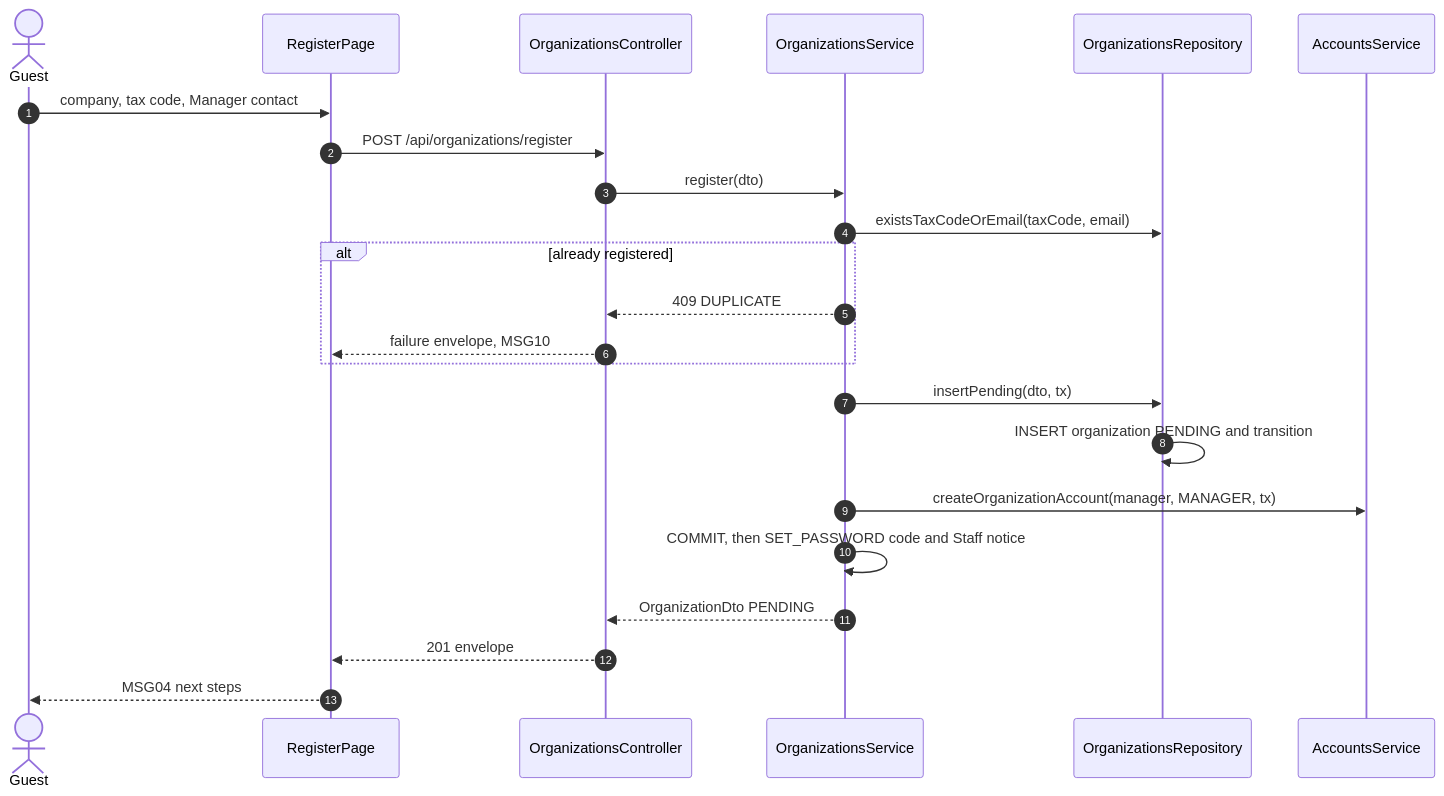
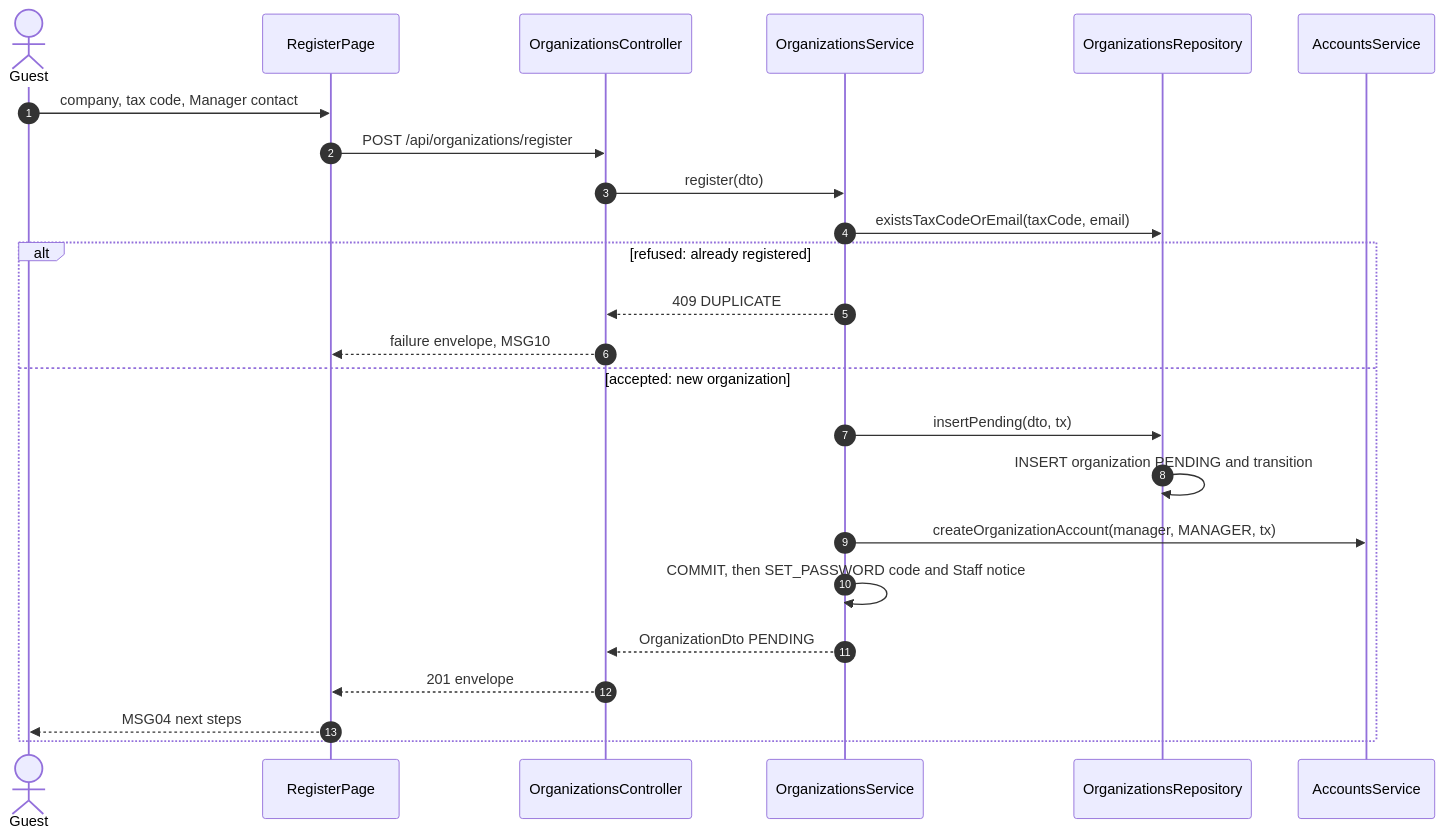
Before and after one commit to TrekLink-Team/treklink-web: the fifth of 11 diagrams in specs/organizations/design.md, drawn with Mermaid. The commit also changed other lines of this file and 39 other files, not shown here.

First line of the commit message:
docs: design periodic maintenance (D-047) and apply the SDD sequence conventions

````diff
--- a/specs/organizations/design.md
+++ b/specs/organizations/design.md
@@ -263,25 +263,26 @@
 ```mermaid
 sequenceDiagram
     autonumber
     actor G as Guest
     participant P as RegisterPage
     participant C as OrganizationsController
     participant S as OrganizationsService
     participant R as OrganizationsRepository
     participant A as AccountsService
     G->>P: company, tax code, Manager contact
     P->>C: POST /api/organizations/register
     C->>S: register(dto)
     S->>R: existsTaxCodeOrEmail(taxCode, email)
-    alt already registered
+    alt refused: already registered
         S-->>C: 409 DUPLICATE
         C-->>P: failure envelope, MSG10
+    else accepted: new organization
+        S->>R: insertPending(dto, tx)
+        R->>R: INSERT organization PENDING and transition
+        S->>A: createOrganizationAccount(manager, MANAGER, tx)
+        S->>S: COMMIT, then SET_PASSWORD code and Staff notice
+        S-->>C: OrganizationDto PENDING
+        C-->>P: 201 envelope
+        P-->>G: MSG04 next steps
     end
-    S->>R: insertPending(dto, tx)
-    R->>R: INSERT organization PENDING and transition
-    S->>A: createOrganizationAccount(manager, MANAGER, tx)
-    S->>S: COMMIT, then SET_PASSWORD code and Staff notice
-    S-->>C: OrganizationDto PENDING
-    C-->>P: 201 envelope
-    P-->>G: MSG04 next steps
 ```
````
